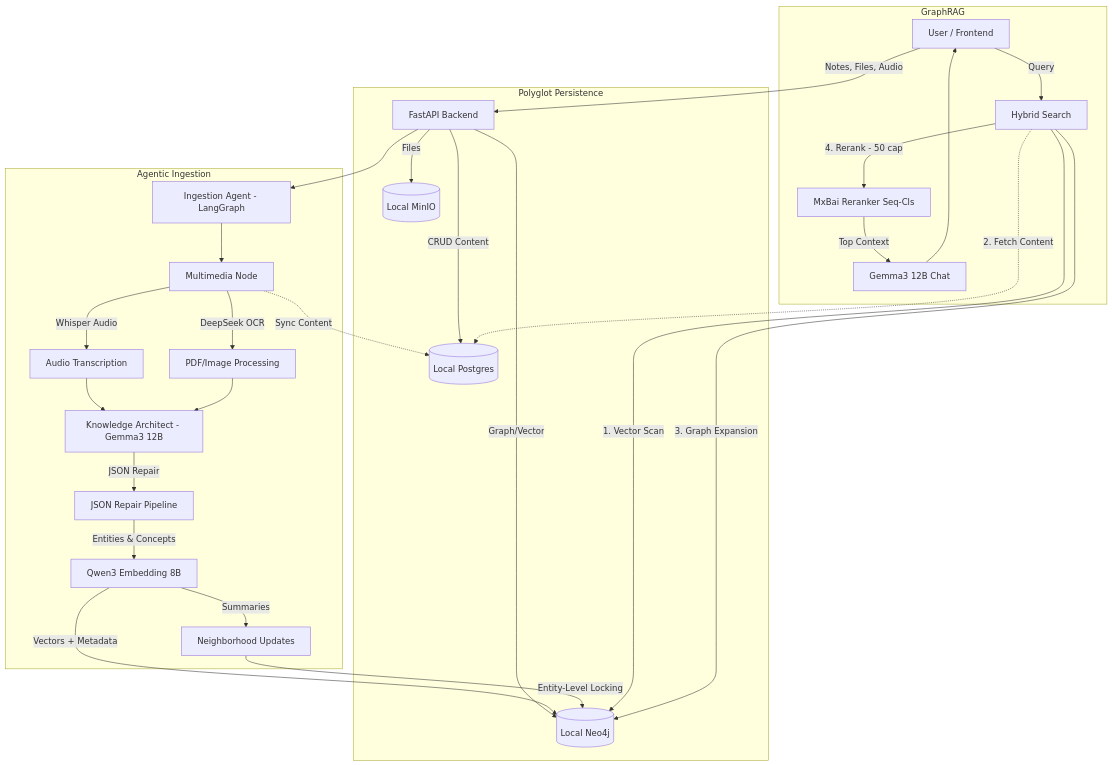
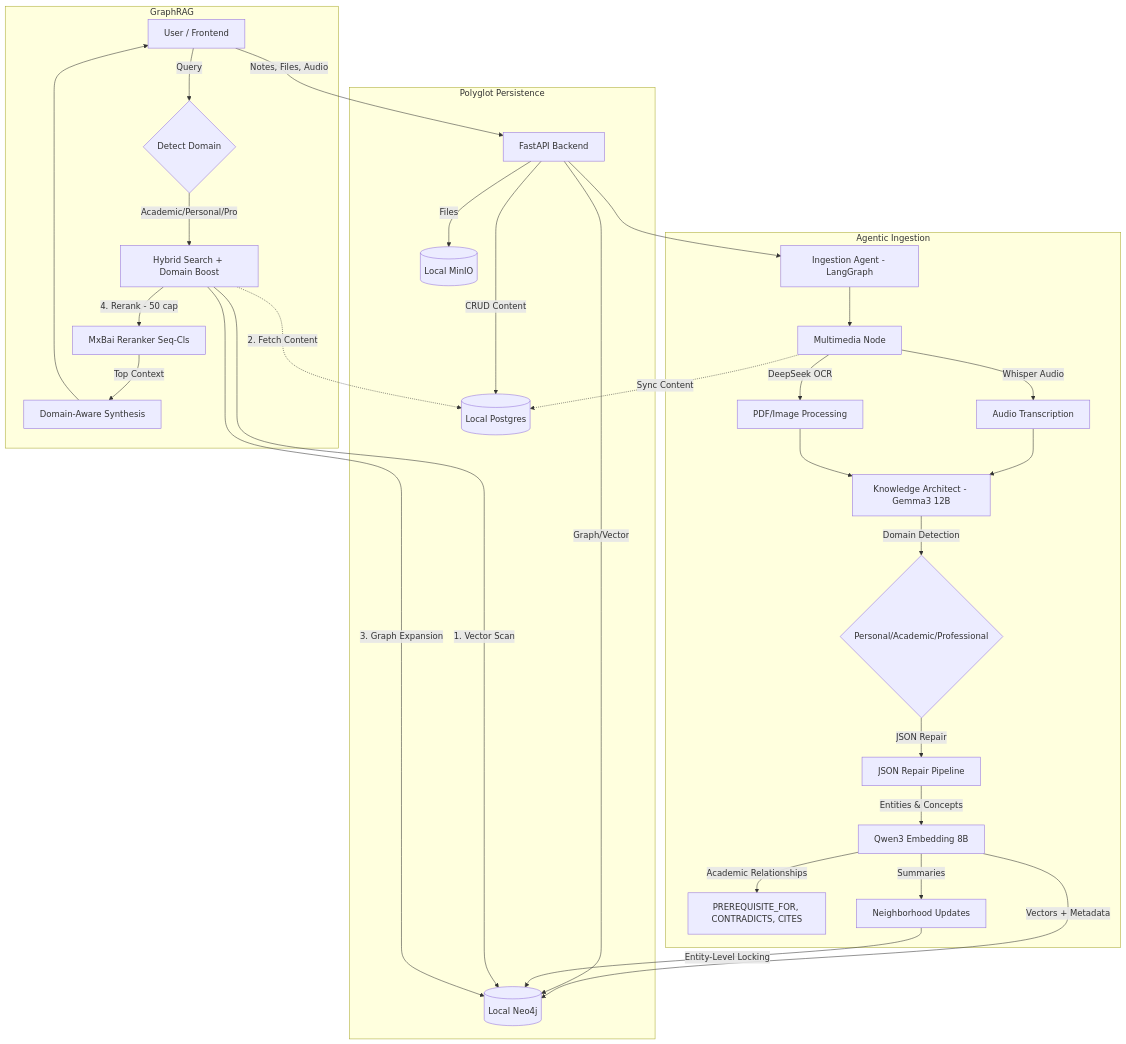
Before and after one commit to josetseph/LiveOS: the diagram in README.md, drawn with Mermaid. The commit also changed other lines of this file and 34 other files, not shown here.

````diff
--- a/README.md
+++ b/README.md
@@ -12,37 +27,40 @@
 ```mermaid
 graph TD
     User[User / Frontend]
     User -->|Notes, Files, Audio| API[FastAPI Backend]
     
     subgraph Storage [Polyglot Persistence]
         API -->|CRUD Content| Postgres[(Local Postgres)]
         API -->|Graph/Vector| Neo4j[(Local Neo4j)]
         API -->|Files| MinIO[(Local MinIO)]
     end
 
     subgraph Ingestion Pipeline [Agentic Ingestion]
         API --> Workflow[Ingestion Agent - LangGraph]
         Workflow --> Multimedia[Multimedia Node]
         Multimedia -->|Whisper Audio| Transcribe[Audio Transcription]
         Multimedia -->|DeepSeek OCR| OCR[PDF/Image Processing]
         Multimedia -.->|Sync Content| Postgres
         
         Transcribe --> Extractor[Knowledge Architect - Gemma3 12B]
         OCR --> Extractor
-        Extractor -->|JSON Repair| Cleaner[JSON Repair Pipeline]
+        Extractor -->|Domain Detection| DomainClassifier{Personal/Academic/Professional}
+        DomainClassifier -->|JSON Repair| Cleaner[JSON Repair Pipeline]
         Cleaner -->|Entities & Concepts| Embedder[Qwen3 Embedding 8B]
         Embedder -->|Vectors + Metadata| Neo4j
+        Embedder -->|Academic Relationships| AcademicGraph[PREREQUISITE_FOR, CONTRADICTS, CITES]
         Embedder -->|Summaries| Summarizer[Neighborhood Updates]
         Summarizer -->|Entity-Level Locking| Neo4j
     end
     
     subgraph Retrieval Pipeline [GraphRAG]
-        User -->|Query| Search[Hybrid Search]
+        User -->|Query| QueryClassifier{Detect Domain}
+        QueryClassifier -->|Academic/Personal/Pro| Search[Hybrid Search + Domain Boost]
         Search -->|1. Vector Scan| Neo4j
         Search -.->|2. Fetch Content| Postgres
         Search -->|3. Graph Expansion| Neo4j
         Search -->|4. Rerank - 50 cap| Reranker[MxBai Reranker Seq-Cls]
-        Reranker -->|Top Context| Synthesis[Gemma3 12B Chat]
+        Reranker -->|Top Context| Synthesis[Domain-Aware Synthesis]
         Synthesis --> User
     end
 ```
````
